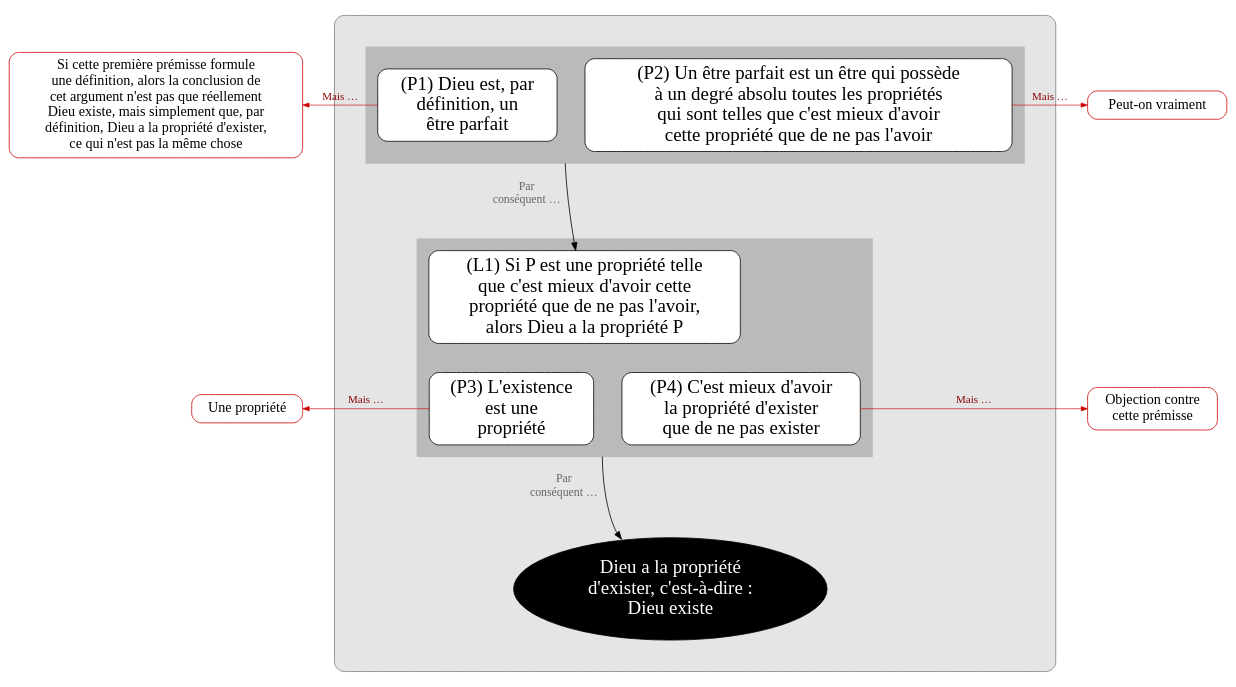
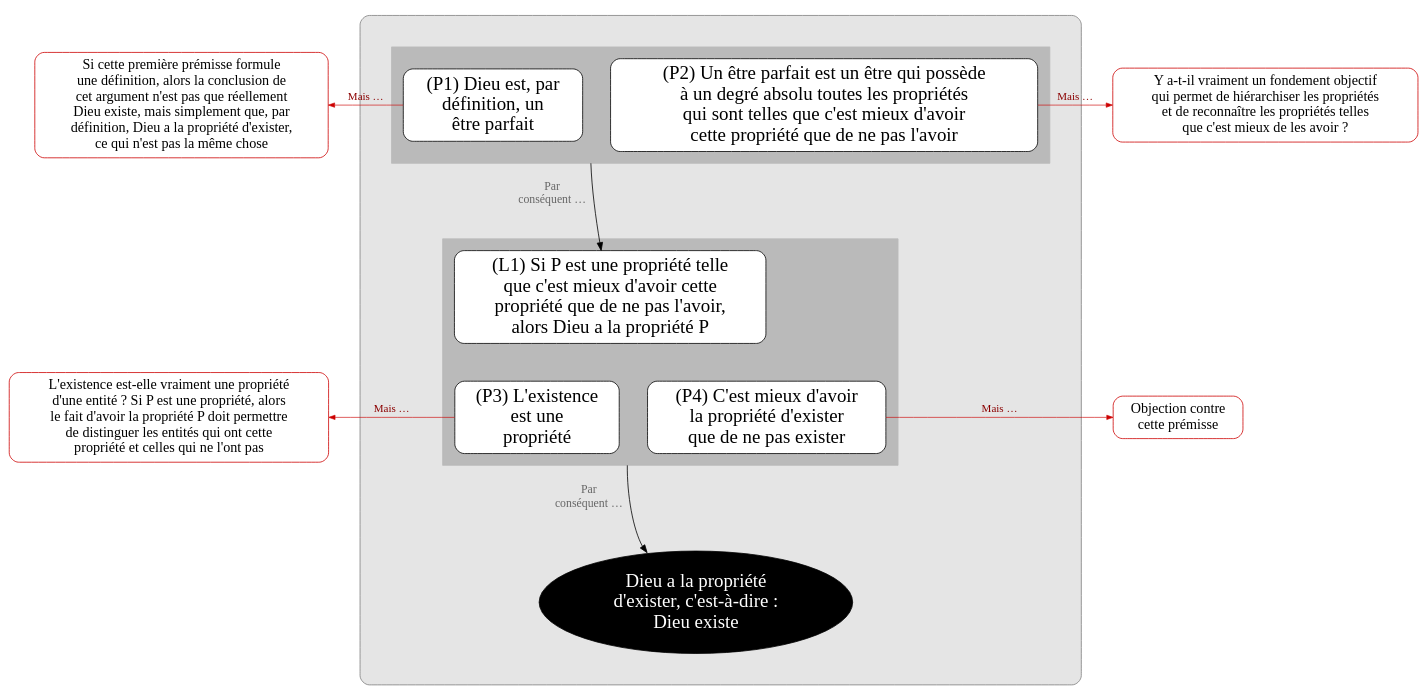
The diagram in argument/argument-ontologique1.dot (eyssette/graphviz-examples), drawn with Graphviz before and after one commit.

```diff
--- a/argument/argument-ontologique1.dot
+++ b/argument/argument-ontologique1.dot
@@ -1,96 +1,103 @@
 digraph G {
 splines=true
 newrank=true
 compound=true
 
 
 node[color=red3, style="rounded, filled", shape="box", fillcolor=white, penwidth=1, fontcolor=black, fontsize=18, margin=0.1]
 o1[label="Si cette première prémisse formule
 une définition, alors la conclusion de
 cet argument n'est pas que réellement
 Dieu existe, mais simplement que, par 
 définition, Dieu a la propriété d'exister,
 ce qui n'est pas la même chose"]
-o3[label="Une propriété"]
+o3[label="L'existence est-elle vraiment une propriété
+d'une entité ? Si P est une propriété, alors
+le fait d'avoir la propriété P doit permettre
+de distinguer les entités qui ont cette
+propriété et celles qui ne l'ont pas"]
 
 node[shape=box, fillcolor=white, style="filled,rounded", color=black, fontsize=24, penwidth=1,fontcolor=black, margin=0.1]
 
 edge[minlen=2,color=red3, penwidth=0.8, arrowsize=0.8, label=" Mais …", fontcolor=red4,fontsize=14]
 {rank=same;o1->p1[dir=back]}
 {rank=same;o3->p3[dir=back]}
 
 subgraph cluster_0 {
 bgcolor=grey90
 style=rounded
 color=grey50
 margin=40
 
 
 
 node[shape=box, fillcolor=white, style="filled,rounded", color=black]
 edge[label="",xlabel="Par
 conséquent …",fontcolor=grey40;fontsize=15,minlen=3,color=black,penwidth=1, arrowsize=1]
 
 
 
 subgraph cluster_1 {
 style="box"
 margin=15
 bgcolor=grey73
 color=grey73
 p1[label="(P1) Dieu est, par
 définition, un
 être parfait"]
 
 p2[label="(P2) Un être parfait est un être qui possède
 à un degré absolu toutes les propriétés
 qui sont telles que c'est mieux d'avoir
 cette propriété que de ne pas l'avoir"]
 }
 
 
 subgraph cluster_2 {
 style="box"
 margin=15
 bgcolor=grey73
 color=grey73
 l1[label="(L1) Si P est une propriété telle
 que c'est mieux d'avoir cette
 propriété que de ne pas l'avoir,
 alors Dieu a la propriété P"]
 p3[label="(P3) L'existence
 est une
 propriété"]
 p4[label="(P4) C'est mieux d'avoir
 la propriété d'exister
 que de ne pas exister"]
 }
 
 
 {rank=same;p1->p2[style=invis,xlabel="",minlen=1]}
 l1->{p3,p4}[style=invis,xlabel="",minlen=1]
 {rank=same;p3->p4[style=invis,xlabel="",minlen=1]}
 
 p2:w->l1[ltail=cluster_1]
 
 p4:w->C:nw[ltail=cluster_2]
 
 vide1[style=invis]
 {rank=same;vide1->C[style=invis, minlen=3]}
 
 C[label="Dieu a la propriété
 d'exister, c'est-à-dire :
 Dieu existe",fillcolor=black, fontcolor=white, color=black, shape=ellipse]
 
 
 }
 
 node[color=red3, style="rounded, filled", shape="box", fillcolor=white, penwidth=1, fontcolor=black, fontsize=18, margin=0.1]
 
-o2[label="Peut-on vraiment "]
+o2[label="Y a-t-il vraiment un fondement objectif
+qui permet de hiérarchiser les propriétés
+et de reconnaître les propriétés telles
+que c'est mieux de les avoir ?"]
 {rank=same;p2->o2}
 o4[label="Objection contre
 cette prémisse"]
 {rank=same;p4->o4}
 
 }
```
